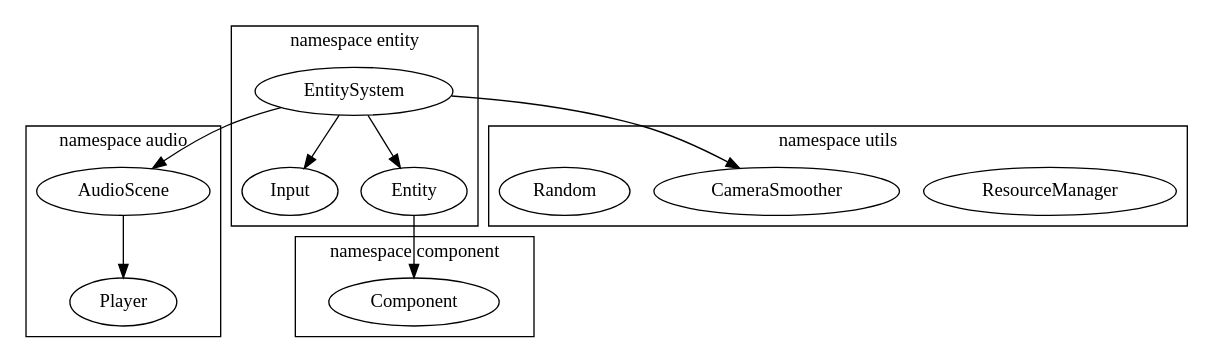
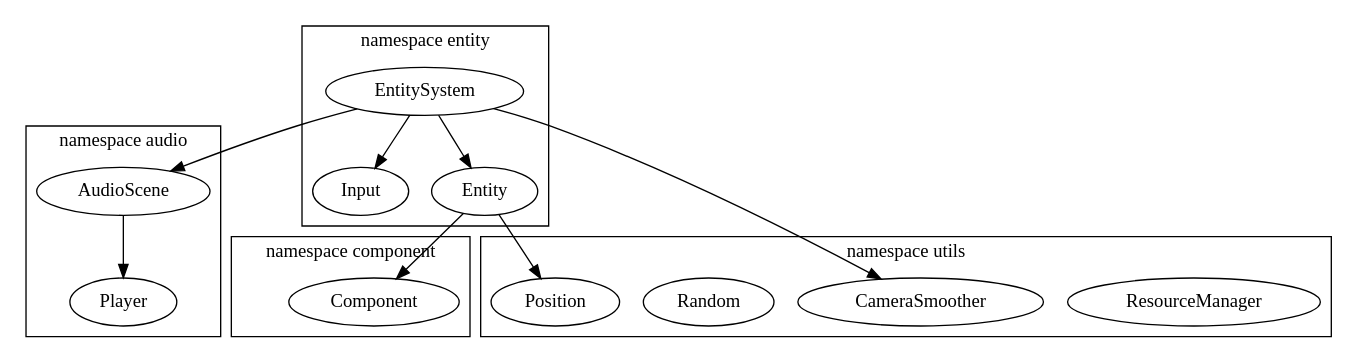
The diagram in docs/arch.dot (HakierGrzonzo/GrzesSFMLlib), drawn with Graphviz before and after one commit. The commit also changed 2 other files, not shown here.

```diff
--- a/docs/arch.dot
+++ b/docs/arch.dot
@@ -1,30 +1,32 @@
 digraph G {
 	//splines="FALSE";
 	subgraph cluster_Entity {
 		EntitySystem;
 		Input;
 		Entity;
 		label="namespace entity";
 	}
 	subgraph cluster_Component {
 		Component;
 		label="namespace component";
 	}
 	subgraph cluster_Audio {
 		AudioScene;
 		Player;
 		label="namespace audio";
 	}
 	subgraph cluster_Utils {
 		ResourceManager;
 		CameraSmoother;
 		Random;
+		Position;
 		label="namespace utils";
 	}
 	EntitySystem -> AudioScene;
 	EntitySystem -> Input;
 	EntitySystem -> Entity;
 	EntitySystem -> CameraSmoother;
 	Entity -> Component;
+	Entity -> Position;
 	AudioScene -> Player;
 }
```
